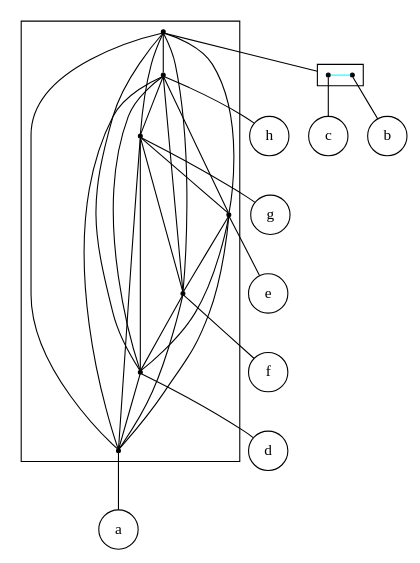
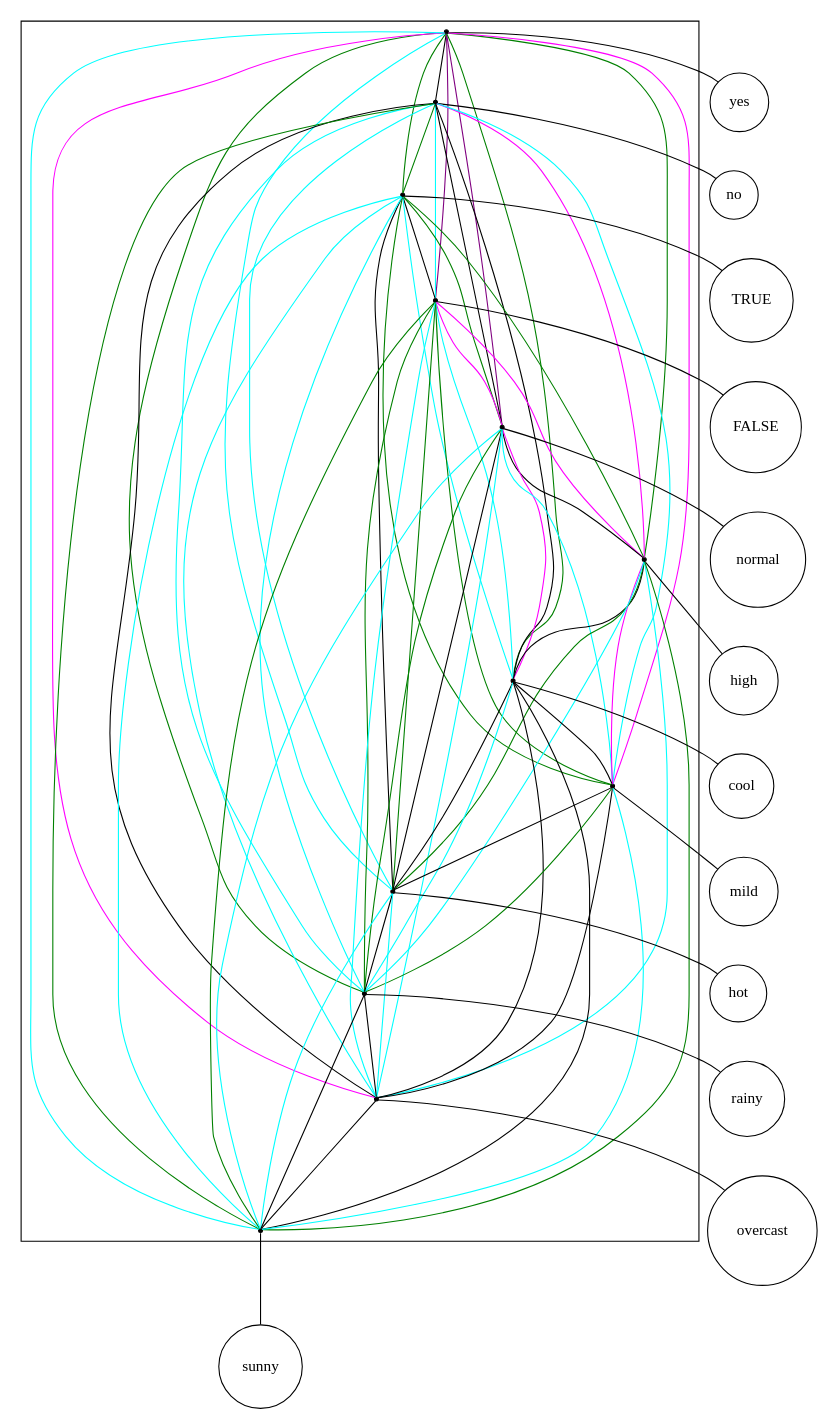
The diagram in src/final/linear_2-structure.dot (lrodrin/TFG), drawn with Graphviz before and after one commit. The commit also changed 54 other files, not shown here.

```diff
--- a/src/final/linear_2-structure.dot
+++ b/src/final/linear_2-structure.dot
@@ -1,55 +1,101 @@
 digraph "linear_2-structure" {
 compound=true;
 fontname=Verdana;
 fontsize=12;
 newrank=true;
 node [shape=circle];
-h;
-g;
-e;
-f;
-d;
-a;
-c;
-b;
-subgraph cluster_abegdcfh {
+yes;
+no;
+TRUE;
+FALSE;
+normal;
+high;
+cool;
+mild;
+hot;
+rainy;
+overcast;
+sunny;
+subgraph cluster_overcastrainycoolhotyesTRUEnormalmildnohighsunnyFALSE {
 node [shape=point];
-s_cb -> s_h  [color=black, arrowhead=none];
-s_cb -> s_g  [color=black, arrowhead=none];
-s_cb -> s_e  [color=black, arrowhead=none];
-s_cb -> s_f  [color=black, arrowhead=none];
-s_cb -> s_d  [color=black, arrowhead=none];
-s_cb -> s_a  [color=black, arrowhead=none];
-s_h -> s_g  [color=black, arrowhead=none];
-s_h -> s_e  [color=black, arrowhead=none];
-s_h -> s_f  [color=black, arrowhead=none];
-s_h -> s_d  [color=black, arrowhead=none];
-s_h -> s_a  [color=black, arrowhead=none];
-s_g -> s_e  [color=black, arrowhead=none];
-s_g -> s_f  [color=black, arrowhead=none];
-s_g -> s_d  [color=black, arrowhead=none];
-s_g -> s_a  [color=black, arrowhead=none];
-s_e -> s_f  [color=black, arrowhead=none];
-s_e -> s_d  [color=black, arrowhead=none];
-s_e -> s_a  [color=black, arrowhead=none];
-s_f -> s_d  [color=black, arrowhead=none];
-s_f -> s_a  [color=black, arrowhead=none];
-s_d -> s_a  [color=black, arrowhead=none];
+s_yes -> s_no  [color=black, arrowhead=none];
+s_yes -> s_TRUE  [color=green, arrowhead=none];
+s_yes -> s_FALSE  [color=purple, arrowhead=none];
+s_yes -> s_normal  [color=purple, arrowhead=none];
+s_yes -> s_high  [color=green, arrowhead=none];
+s_yes -> s_cool  [color=green, arrowhead=none];
+s_yes -> s_mild  [color=magenta, arrowhead=none];
+s_yes -> s_hot  [color=cyan, arrowhead=none];
+s_yes -> s_rainy  [color=green, arrowhead=none];
+s_yes -> s_overcast  [color=magenta, arrowhead=none];
+s_yes -> s_sunny  [color=cyan, arrowhead=none];
+s_no -> s_TRUE  [color=green, arrowhead=none];
+s_no -> s_FALSE  [color=cyan, arrowhead=none];
+s_no -> s_normal  [color=black, arrowhead=none];
+s_no -> s_high  [color=magenta, arrowhead=none];
+s_no -> s_cool  [color=black, arrowhead=none];
+s_no -> s_mild  [color=cyan, arrowhead=none];
+s_no -> s_hot  [color=cyan, arrowhead=none];
+s_no -> s_rainy  [color=cyan, arrowhead=none];
+s_no -> s_overcast  [color=black, arrowhead=none];
+s_no -> s_sunny  [color=green, arrowhead=none];
+s_TRUE -> s_FALSE  [color=black, arrowhead=none];
+s_TRUE -> s_normal  [color=green, arrowhead=none];
+s_TRUE -> s_high  [color=green, arrowhead=none];
+s_TRUE -> s_cool  [color=cyan, arrowhead=none];
+s_TRUE -> s_mild  [color=green, arrowhead=none];
+s_TRUE -> s_hot  [color=black, arrowhead=none];
+s_TRUE -> s_rainy  [color=cyan, arrowhead=none];
+s_TRUE -> s_overcast  [color=cyan, arrowhead=none];
+s_TRUE -> s_sunny  [color=cyan, arrowhead=none];
+s_FALSE -> s_normal  [color=magenta, arrowhead=none];
+s_FALSE -> s_high  [color=magenta, arrowhead=none];
+s_FALSE -> s_cool  [color=cyan, arrowhead=none];
+s_FALSE -> s_mild  [color=green, arrowhead=none];
+s_FALSE -> s_hot  [color=green, arrowhead=none];
+s_FALSE -> s_rainy  [color=green, arrowhead=none];
+s_FALSE -> s_overcast  [color=cyan, arrowhead=none];
+s_FALSE -> s_sunny  [color=green, arrowhead=none];
+s_normal -> s_high  [color=black, arrowhead=none];
+s_normal -> s_cool  [color=magenta, arrowhead=none];
+s_normal -> s_mild  [color=cyan, arrowhead=none];
+s_normal -> s_hot  [color=black, arrowhead=none];
+s_normal -> s_rainy  [color=green, arrowhead=none];
+s_normal -> s_overcast  [color=cyan, arrowhead=none];
+s_normal -> s_sunny  [color=cyan, arrowhead=none];
+s_high -> s_cool  [color=black, arrowhead=none];
+s_high -> s_mild  [color=magenta, arrowhead=none];
+s_high -> s_hot  [color=green, arrowhead=none];
+s_high -> s_rainy  [color=cyan, arrowhead=none];
+s_high -> s_overcast  [color=cyan, arrowhead=none];
+s_high -> s_sunny  [color=green, arrowhead=none];
+s_cool -> s_mild  [color=black, arrowhead=none];
+s_cool -> s_hot  [color=black, arrowhead=none];
+s_cool -> s_rainy  [color=cyan, arrowhead=none];
+s_cool -> s_overcast  [color=black, arrowhead=none];
+s_cool -> s_sunny  [color=black, arrowhead=none];
+s_mild -> s_hot  [color=black, arrowhead=none];
+s_mild -> s_rainy  [color=green, arrowhead=none];
+s_mild -> s_overcast  [color=black, arrowhead=none];
+s_mild -> s_sunny  [color=cyan, arrowhead=none];
+s_hot -> s_rainy  [color=black, arrowhead=none];
+s_hot -> s_overcast  [color=cyan, arrowhead=none];
+s_hot -> s_sunny  [color=cyan, arrowhead=none];
+s_rainy -> s_overcast  [color=black, arrowhead=none];
+s_rainy -> s_sunny  [color=black, arrowhead=none];
+s_overcast -> s_sunny  [color=black, arrowhead=none];
 }
 
-subgraph cluster_cb {
-rank=same;
-node [shape=point];
-s_c -> s_b  [color=cyan, arrowhead=none];
+s_yes -> yes  [arrowhead=none];
+s_no -> no  [arrowhead=none];
+s_TRUE -> TRUE  [arrowhead=none];
+s_FALSE -> FALSE  [arrowhead=none];
+s_normal -> normal  [arrowhead=none];
+s_high -> high  [arrowhead=none];
+s_cool -> cool  [arrowhead=none];
+s_mild -> mild  [arrowhead=none];
+s_hot -> hot  [arrowhead=none];
+s_rainy -> rainy  [arrowhead=none];
+s_overcast -> overcast  [arrowhead=none];
+s_sunny -> sunny  [arrowhead=none];
 }
-
-s_cb -> s_c  [lhead=cluster_cb, arrowhead=none];
-s_h -> h  [arrowhead=none];
-s_g -> g  [arrowhead=none];
-s_e -> e  [arrowhead=none];
-s_f -> f  [arrowhead=none];
-s_d -> d  [arrowhead=none];
-s_a -> a  [arrowhead=none];
-s_c -> c  [arrowhead=none];
-s_b -> b  [arrowhead=none];
-}
```
